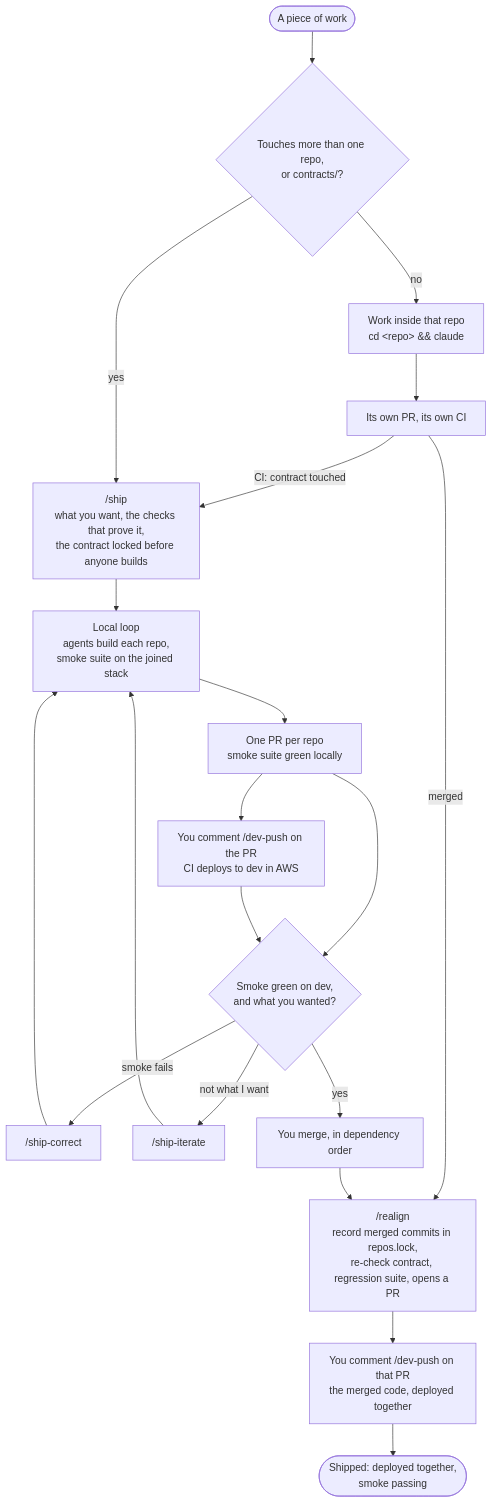
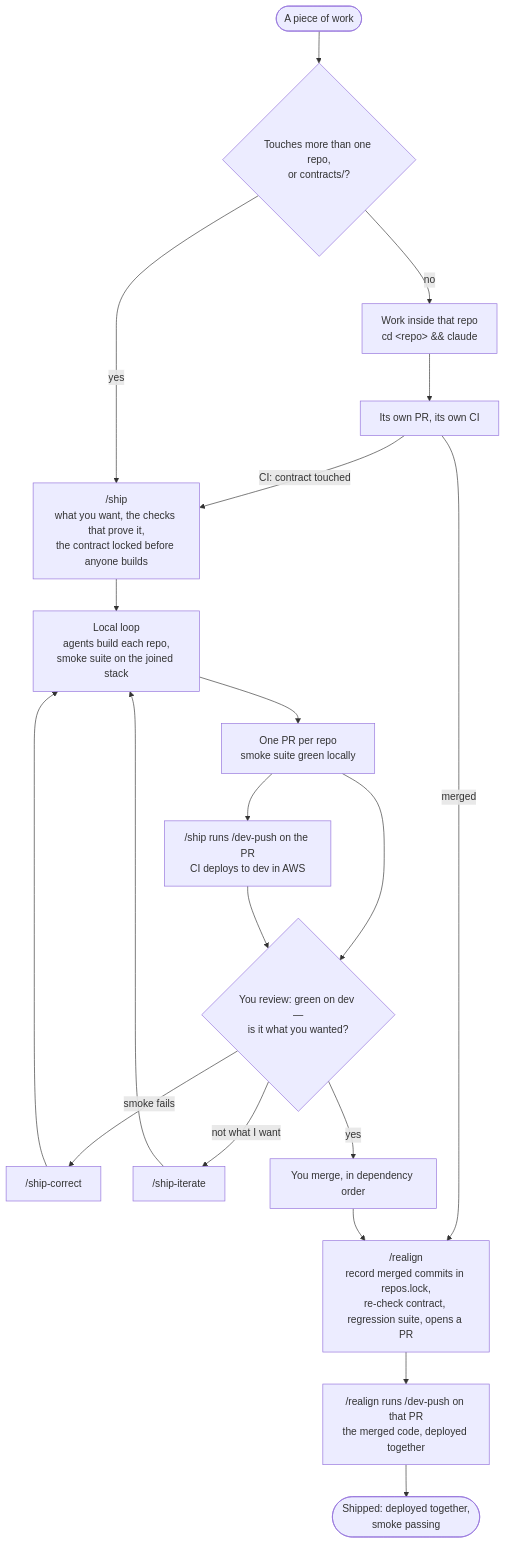
Before and after one commit to paggio/agent-app-project: the diagram in README.md, drawn with Mermaid. The commit also changed other lines of this file and 5 other files, not shown here.

First line of the commit message:
harness: lanes deploy to dev themselves; review only once green

````diff
--- a/README.md
+++ b/README.md
@@ -9,20 +9,20 @@
 ```mermaid
 flowchart TD
     start([A piece of work]) --> q{Touches more than one repo,<br/>or contracts/?}
     q -- no --> one["Work inside that repo<br/>cd &lt;repo&gt; && claude"]
     one --> onemerge[Its own PR, its own CI]
     onemerge -- CI: contract touched --> ship
     onemerge -- merged --> realign
     q -- yes --> ship["/ship<br/>what you want, the checks that prove it,<br/>the contract locked before anyone builds"]
     ship --> loop["Local loop<br/>agents build each repo,<br/>smoke suite on the joined stack"]
     loop --> prs[One PR per repo<br/>smoke suite green locally]
-    prs --> push["You comment /dev-push on the PR<br/>CI deploys to dev in AWS"]
+    prs --> push["/ship runs /dev-push on the PR<br/>CI deploys to dev in AWS"]
     prs --> ok
-    push --> ok{Smoke green on dev,<br/>and what you wanted?}
+    push --> ok{You review: green on dev —<br/>is it what you wanted?}
     ok -- smoke fails --> correct["/ship-correct"] --> loop
     ok -- not what I want --> iterate["/ship-iterate"] --> loop
     ok -- yes --> merge[You merge, in dependency order]
     merge --> realign["/realign<br/>record merged commits in repos.lock,<br/>re-check contract, regression suite, opens a PR"]
-    realign --> push2["You comment /dev-push on that PR<br/>the merged code, deployed together"]
+    realign --> push2["/realign runs /dev-push on that PR<br/>the merged code, deployed together"]
     push2 --> done([Shipped: deployed together,<br/>smoke passing])
 ```
````
